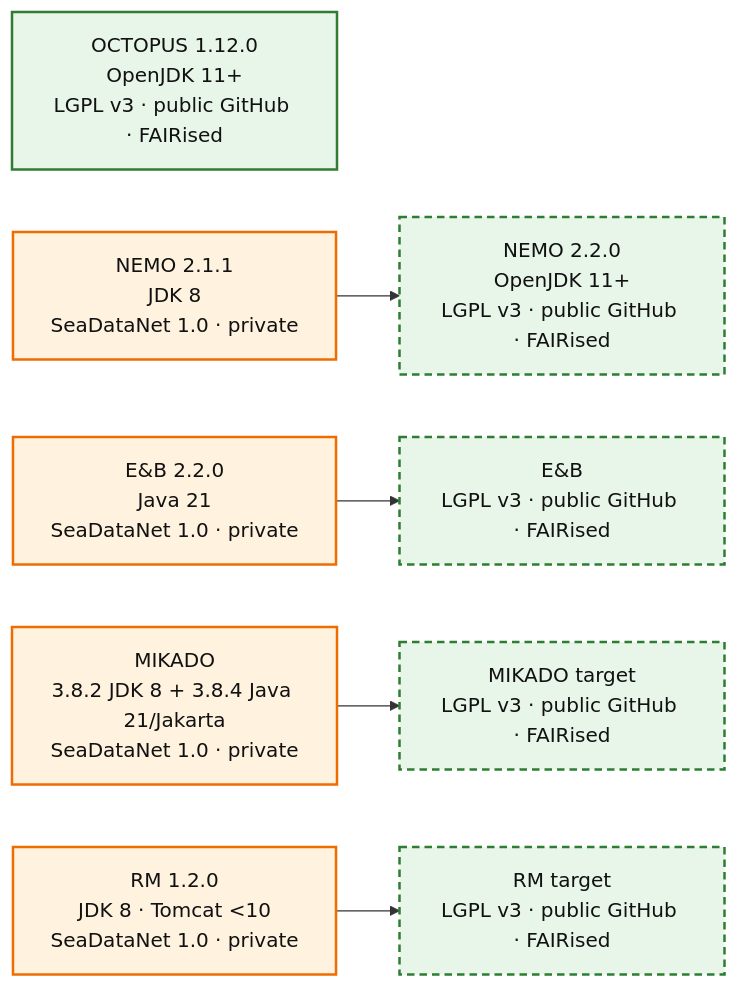
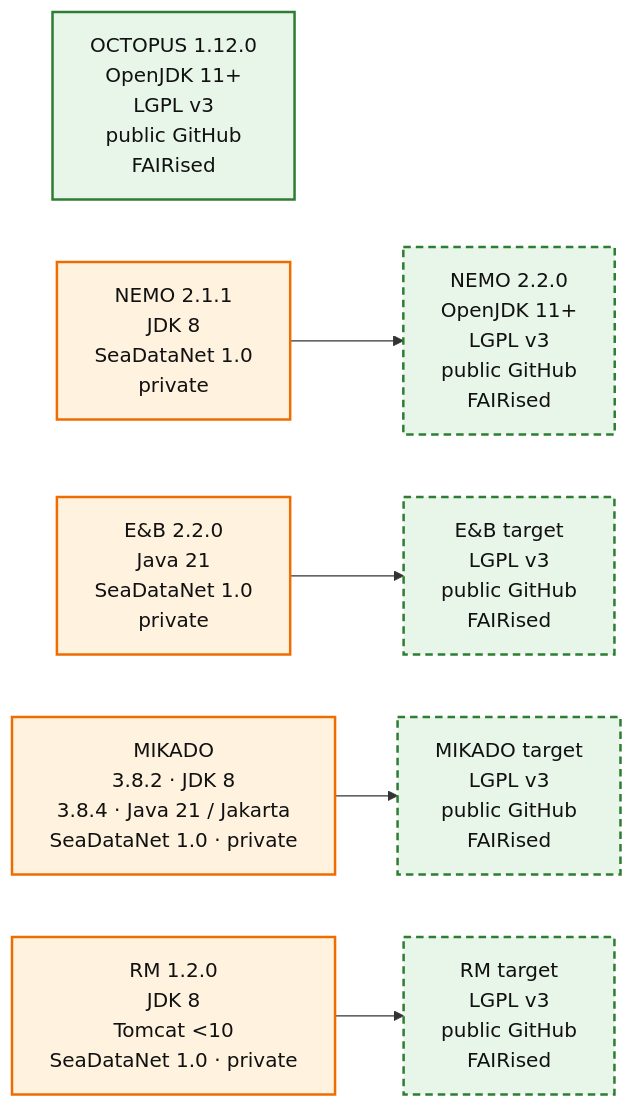
One commit to seadatanet/.github changed the fourth of 4 diagrams in README.md. Above: the diagram before and after it, drawn with Mermaid. The commit also changed other lines of this file, not shown here.

Commit message:
Improve README layout, logos and modernisation diagrams

````diff
--- a/README.md
+++ b/README.md
@@ -179,21 +179,21 @@
 ```mermaid
 flowchart LR
 
-  OCT_C["OCTOPUS 1.12.0<br/>OpenJDK 11+<br/>LGPL v3 · public GitHub · FAIRised"]
+  OCT_C["OCTOPUS 1.12.0<br/>OpenJDK 11+<br/>LGPL v3<br/>public GitHub<br/>FAIRised"]
 
-  NEMO_C["NEMO 2.1.1<br/>JDK 8<br/>SeaDataNet 1.0 · private"] --> NEMO_T["NEMO 2.2.0<br/>OpenJDK 11+<br/>LGPL v3 · public GitHub · FAIRised"]
+  NEMO_C["NEMO 2.1.1<br/>JDK 8<br/>SeaDataNet 1.0<br/>private"] --> NEMO_T["NEMO 2.2.0<br/>OpenJDK 11+<br/>LGPL v3<br/>public GitHub<br/>FAIRised"]
 
-  EB_C["E&B 2.2.0<br/>Java 21<br/>SeaDataNet 1.0 · private"] --> EB_T["E&B<br/>LGPL v3 · public GitHub · FAIRised"]
+  EB_C["E&B 2.2.0<br/>Java 21<br/>SeaDataNet 1.0<br/>private"] --> EB_T["E&B target<br/>LGPL v3<br/>public GitHub<br/>FAIRised"]
 
-  MIK_C["MIKADO<br/>3.8.2 JDK 8 + 3.8.4 Java 21/Jakarta<br/>SeaDataNet 1.0 · private"] --> MIK_T["MIKADO target<br/>LGPL v3 · public GitHub · FAIRised"]
+  MIK_C["MIKADO<br/>3.8.2 · JDK 8<br/>3.8.4 · Java 21 / Jakarta<br/>SeaDataNet 1.0 · private"] --> MIK_T["MIKADO target<br/>LGPL v3<br/>public GitHub<br/>FAIRised"]
 
-  RM_C["RM 1.2.0<br/>JDK 8 · Tomcat <10<br/>SeaDataNet 1.0 · private"] --> RM_T["RM target<br/>LGPL v3 · public GitHub · FAIRised"]
+  RM_C["RM 1.2.0<br/>JDK 8<br/>Tomcat <10<br/>SeaDataNet 1.0 · private"] --> RM_T["RM target<br/>LGPL v3<br/>public GitHub<br/>FAIRised"]
 
   classDef achieved fill:#e8f5e9,stroke:#2e7d32,stroke-width:2px,color:#111;
   classDef current fill:#fff3e0,stroke:#ef6c00,stroke-width:2px,color:#111;
   classDef target fill:#e8f5e9,stroke:#2e7d32,stroke-width:2px,stroke-dasharray:6 4,color:#111;
 
   class OCT_C achieved;
   class NEMO_C,EB_C,MIK_C,RM_C current;
   class NEMO_T,EB_T,MIK_T,RM_T target;
 ```
````
